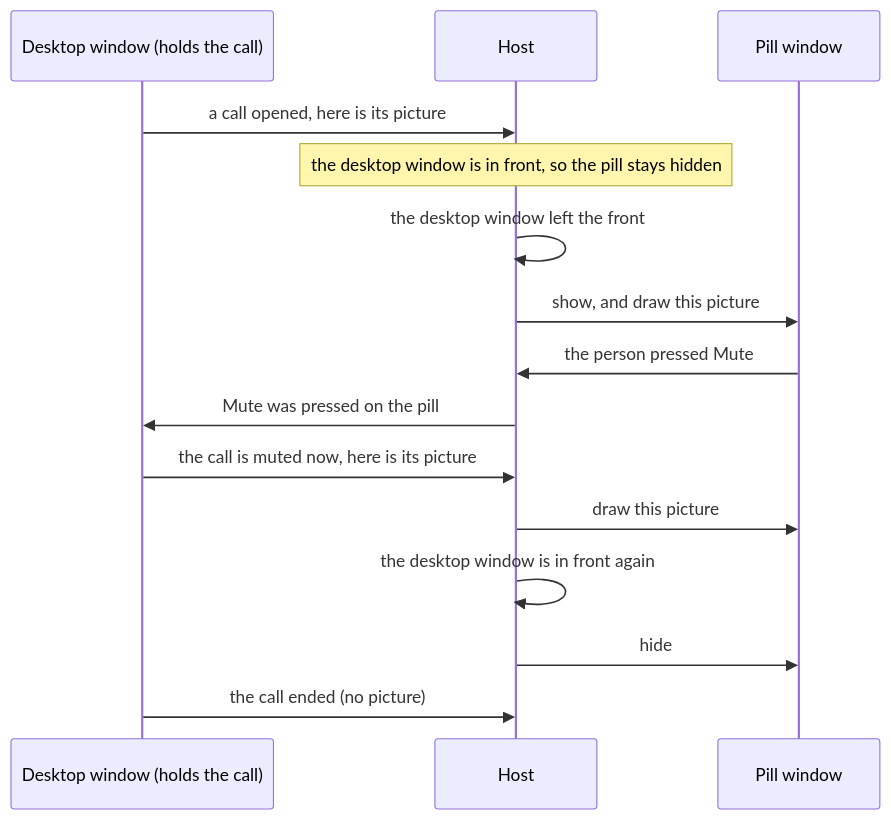
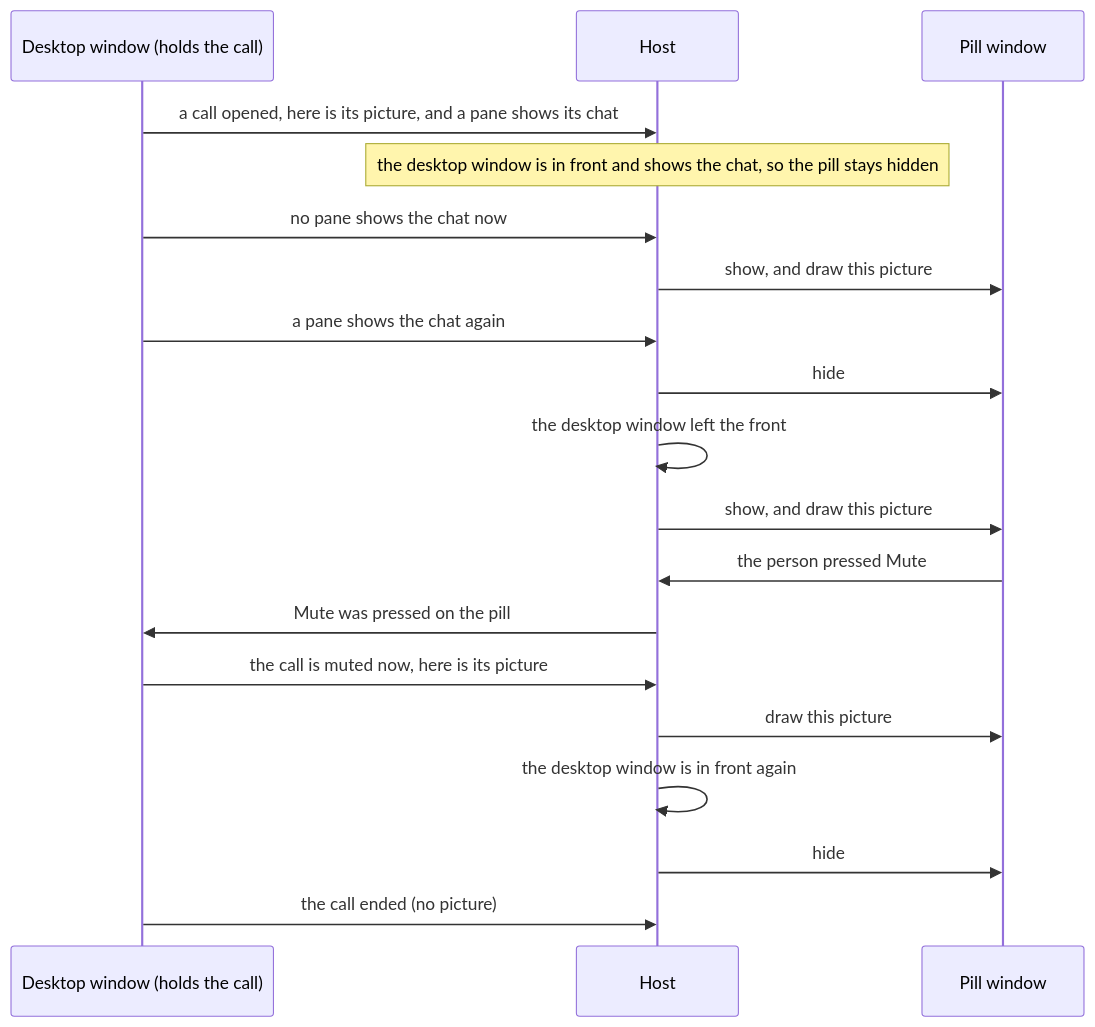
One commit to nessalabs/nessa-agent changed the second of 2 diagrams in docs/design/voice-chat.md. Above: the diagram before and after it, drawn with Mermaid. The commit also changed other lines of this file and 29 other files, not shown here.

First line of the commit message:
Keep a voice call going when its chat leaves the panes

````diff
--- a/docs/design/voice-chat.md
+++ b/docs/design/voice-chat.md
@@ -125,17 +132,21 @@
 ```mermaid
 sequenceDiagram
     participant D as Desktop window (holds the call)
     participant H as Host
     participant P as Pill window
-    D->>H: a call opened, here is its picture
-    Note over H: the desktop window is in front, so the pill stays hidden
+    D->>H: a call opened, here is its picture, and a pane shows its chat
+    Note over H: the desktop window is in front and shows the chat, so the pill stays hidden
+    D->>H: no pane shows the chat now
+    H->>P: show, and draw this picture
+    D->>H: a pane shows the chat again
+    H->>P: hide
     H->>H: the desktop window left the front
     H->>P: show, and draw this picture
     P->>H: the person pressed Mute
     H->>D: Mute was pressed on the pill
     D->>H: the call is muted now, here is its picture
     H->>P: draw this picture
     H->>H: the desktop window is in front again
     H->>P: hide
     D->>H: the call ended (no picture)
 ```
````
